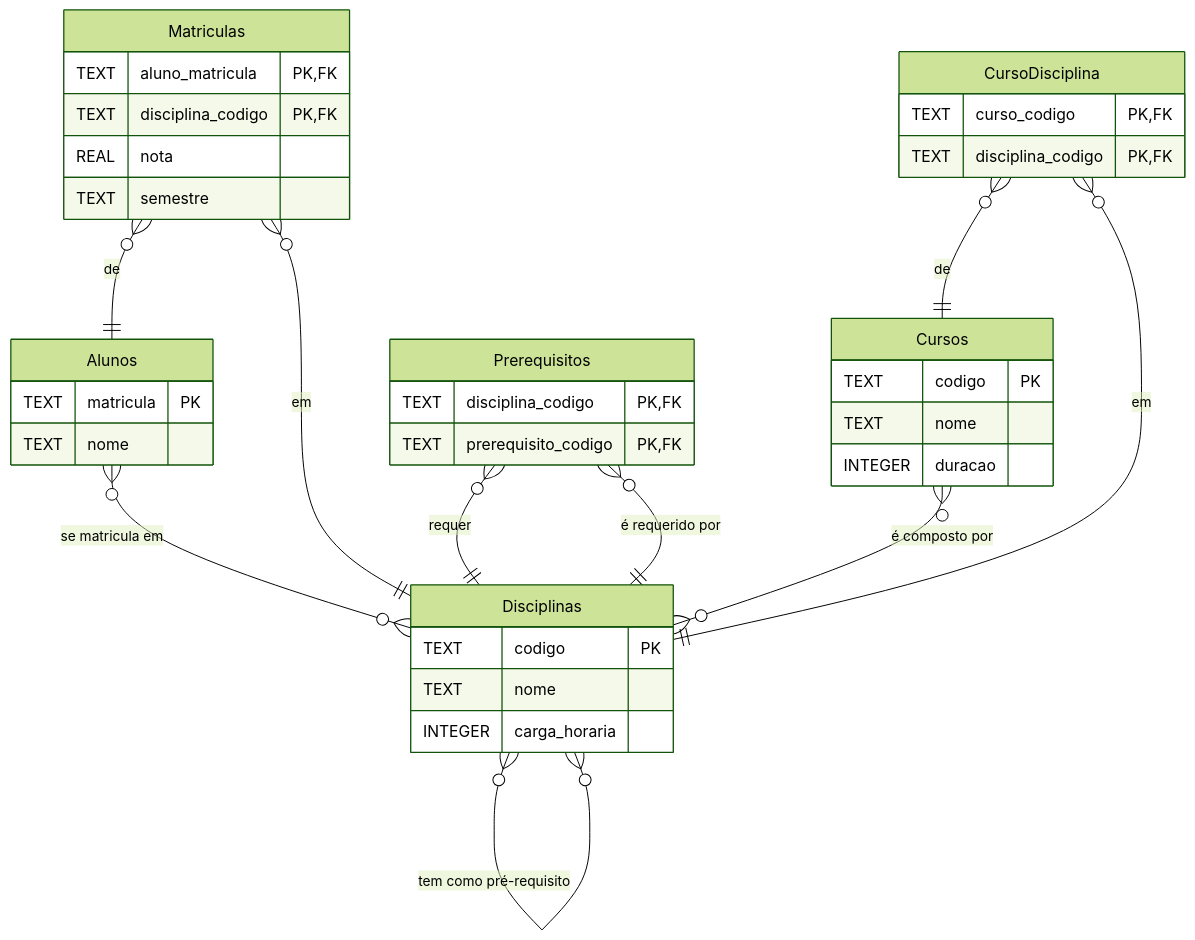
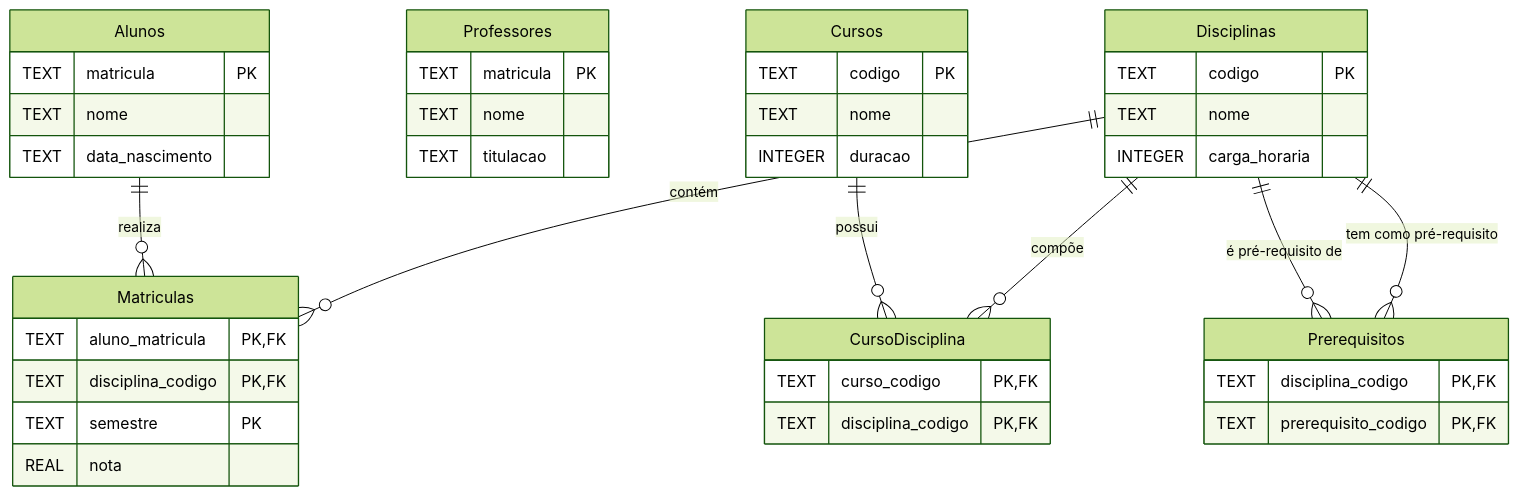
One commit to Gabriel-Freitas-S/db-modeling-c2 changed the diagram in diagramas/mer_9_universidade.md. Above: the diagram before and after it, drawn with Mermaid (forest theme). The commit also changed other lines of this file and 3 other files, not shown here.

Commit message:
Atualiza diagramas MER para o sistema hospitalar, locadora de veículos e universidade, adicionando novos atributos e relacionamentos. Melhora a descrição dos relacionamentos no contexto de dados.

````diff
--- a/diagramas/mer_9_universidade.md
+++ b/diagramas/mer_9_universidade.md
@@ -3,42 +3,44 @@
 ```mermaid
 erDiagram
     Alunos {
         TEXT matricula PK
         TEXT nome
+        TEXT data_nascimento
+    }
+    Professores {
+        TEXT matricula PK
+        TEXT nome
+        TEXT titulacao
     }
     Cursos {
         TEXT codigo PK
         TEXT nome
         INTEGER duracao
     }
     Disciplinas {
         TEXT codigo PK
         TEXT nome
         INTEGER carga_horaria
     }
     Matriculas {
         TEXT aluno_matricula PK, FK
         TEXT disciplina_codigo PK, FK
+        TEXT semestre PK
         REAL nota
-        TEXT semestre
     }
     CursoDisciplina {
         TEXT curso_codigo PK, FK
         TEXT disciplina_codigo PK, FK
     }
     Prerequisitos {
         TEXT disciplina_codigo PK, FK
         TEXT prerequisito_codigo PK, FK
     }
 
-    Alunos }o--o{ Disciplinas : "se matricula em"
-    Cursos }o--o{ Disciplinas : "é composto por"
-    Disciplinas }o--o{ Disciplinas : "tem como pré-requisito"
-
-    Matriculas }o--|| Alunos : "de"
-    Matriculas }o--|| Disciplinas : "em"
-    CursoDisciplina }o--|| Cursos : "de"
-    CursoDisciplina }o--|| Disciplinas : "em"
-    Prerequisitos }o--|| Disciplinas : "requer"
-    Prerequisitos }o--|| Disciplinas : "é requerido por"
+    Alunos ||--o{ Matriculas : "realiza"
+    Disciplinas ||--o{ Matriculas : "contém"
+    Cursos ||--o{ CursoDisciplina : "possui"
+    Disciplinas ||--o{ CursoDisciplina : "compõe"
+    Disciplinas ||--o{ Prerequisitos : "é pré-requisito de"
+    Disciplinas ||--o{ Prerequisitos : "tem como pré-requisito"
 ```
````
